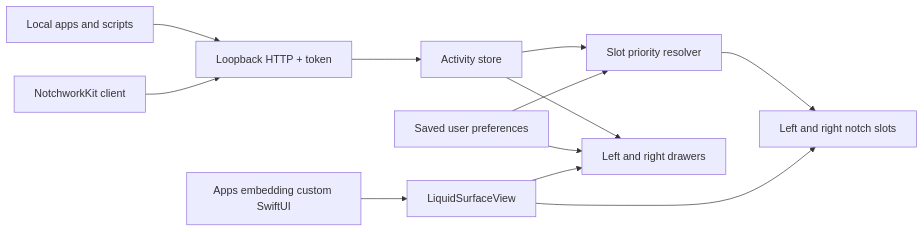
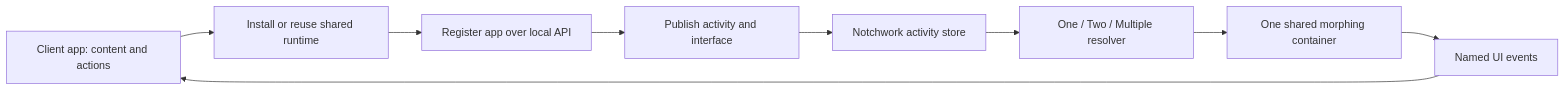
Before and after one commit to jesseglab/notchwork: the diagram in docs/ARCHITECTURE.md, drawn with Mermaid. The commit also changed other lines of this file and 57 other files, not shown here.

Commit message:
Provide shared API 2 runtime and developer integration toolkit

````diff
--- a/docs/ARCHITECTURE.md
+++ b/docs/ARCHITECTURE.md
@@ -3,14 +3,11 @@
 ```mermaid
 flowchart LR
-    A[Local apps and scripts] --> B[Loopback HTTP + token]
-    C[NotchworkKit client] --> B
-    B --> D[Activity store]
-    D --> E[Slot priority resolver]
-    E --> F[Left and right notch slots]
-    D --> G[Left and right drawers]
-    H[Saved user preferences] --> E
-    H --> G
-    I[LiquidSurfaceView] --> F
-    I --> G
-    J[Apps embedding custom SwiftUI] --> I
+    P[Client app: content and actions] --> I[Install or reuse shared runtime]
+    I --> R[Register app over local API]
+    R --> A[Publish activity and interface]
+    A --> S[Notchwork activity store]
+    S --> L[One / Two / Multiple resolver]
+    L --> C[One shared morphing container]
+    C --> E[Named UI events]
+    E --> P
 ```
````
